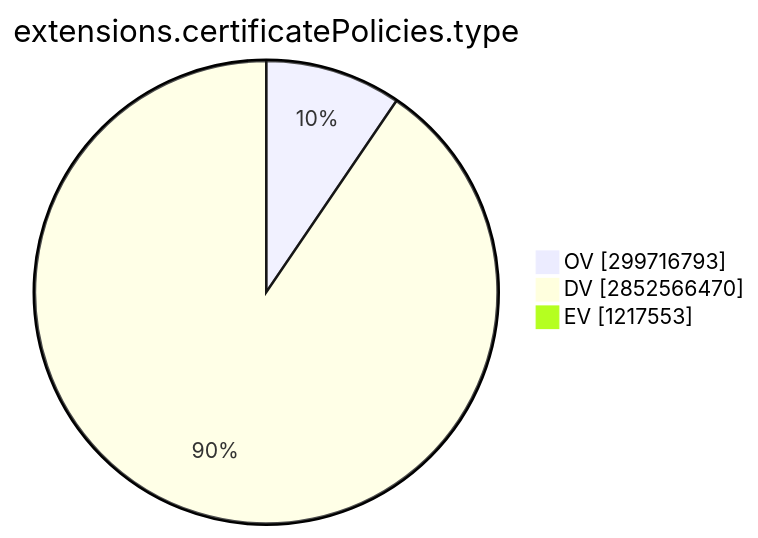
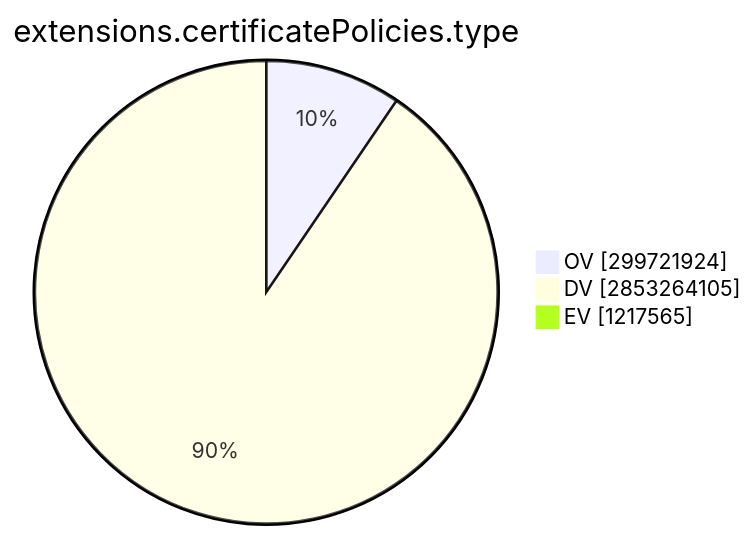
The ninth of 15 diagrams in TOTAL/README.md (christiankrug/ctmonitor_visualization), drawn with Mermaid before and after one commit. The commit also changed other lines of this file, not shown here.

````diff
--- a/TOTAL/README.md
+++ b/TOTAL/README.md
@@ -3101,7 +3101,7 @@
 ```mermaid
 pie showData
 title extensions.certificatePolicies.type
-"OV" :299716793
-"DV" :2852566470
-"EV" :1217553
+"OV" :299721924
+"DV" :2853264105
+"EV" :1217565
 ```
````
